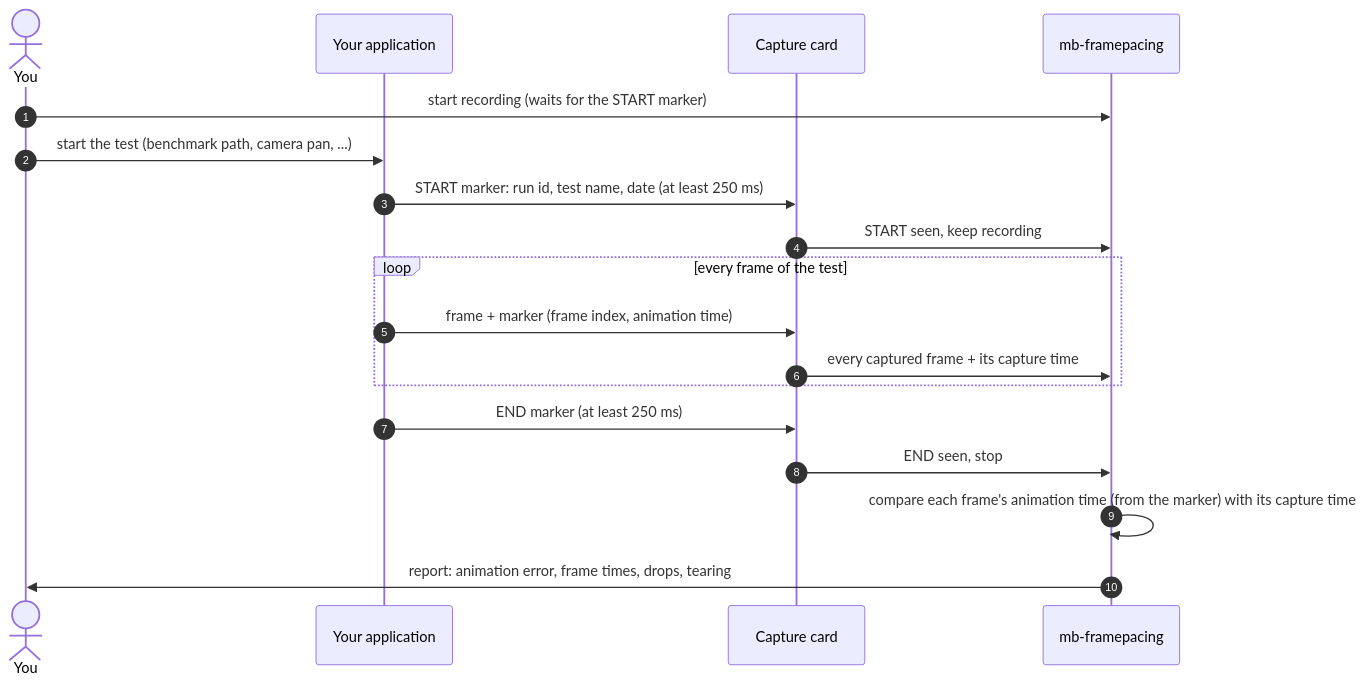
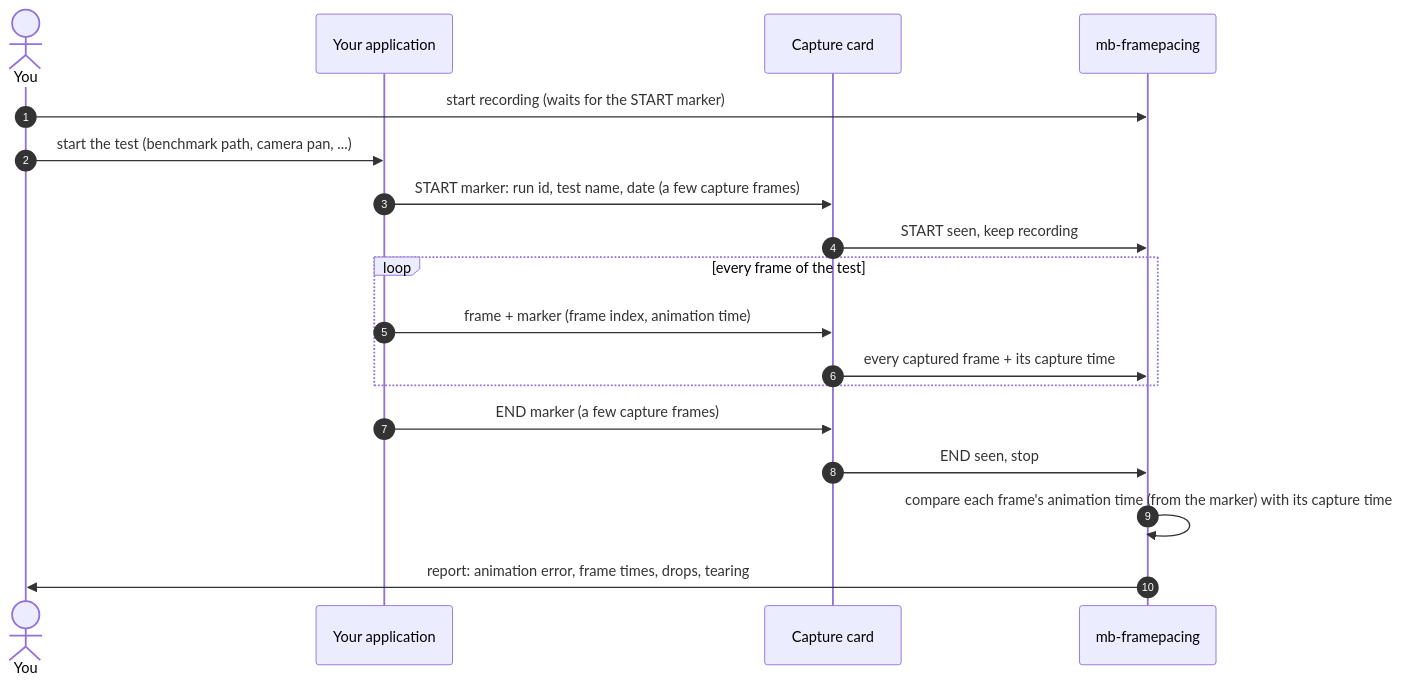
The second of 4 diagrams in README.md (Unarmed1000/mb-framepacing), drawn with Mermaid before and after one commit. The commit also changed other lines of this file and 5 other files, not shown here.

First line of the commit message:
Marker spec: one captured frame of a start/end marker is enough

````diff
--- a/README.md
+++ b/README.md
@@ -123,20 +123,20 @@
 ```mermaid
 sequenceDiagram
     autonumber
     actor You
     participant App as Your application
     participant Card as Capture card
     participant Tool as mb-framepacing
     You->>Tool: start recording (waits for the START marker)
     You->>App: start the test (benchmark path, camera pan, ...)
-    App->>Card: START marker: run id, test name, date (at least 250 ms)
+    App->>Card: START marker: run id, test name, date (a few capture frames)
     Card->>Tool: START seen, keep recording
     loop every frame of the test
         App->>Card: frame + marker (frame index, animation time)
         Card->>Tool: every captured frame + its capture time
     end
-    App->>Card: END marker (at least 250 ms)
+    App->>Card: END marker (a few capture frames)
     Card->>Tool: END seen, stop
     Tool->>Tool: compare each frame's animation time (from the marker) with its capture time
     Tool->>You: report: animation error, frame times, drops, tearing
 ```
````
